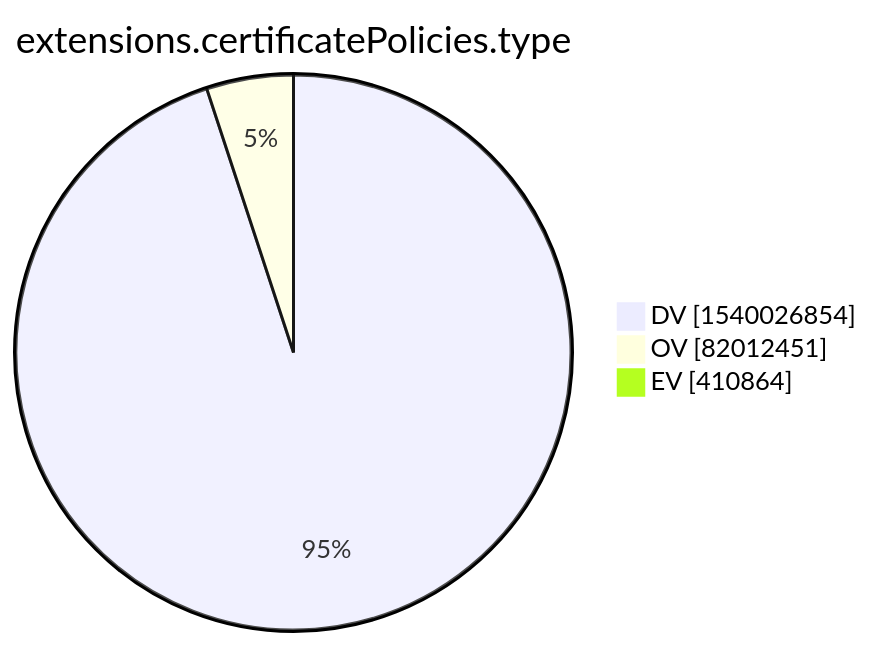
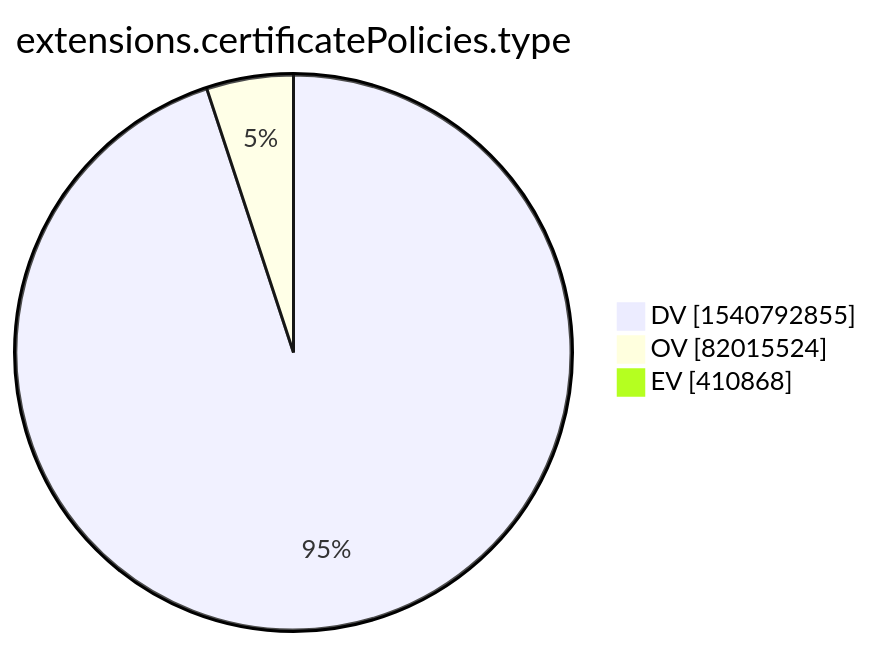
Before and after one commit to christiankrug/ctmonitor_visualization: the tenth of 15 diagrams in xenon2022/README.md, drawn with Mermaid. The commit also changed other lines of this file, not shown here.

````diff
--- a/xenon2022/README.md
+++ b/xenon2022/README.md
@@ -2876,7 +2876,7 @@
 ```mermaid
 pie showData
 title extensions.certificatePolicies.type
-"DV" :1540026854
-"OV" :82012451
-"EV" :410864
+"DV" :1540792855
+"OV" :82015524
+"EV" :410868
 ```
````
